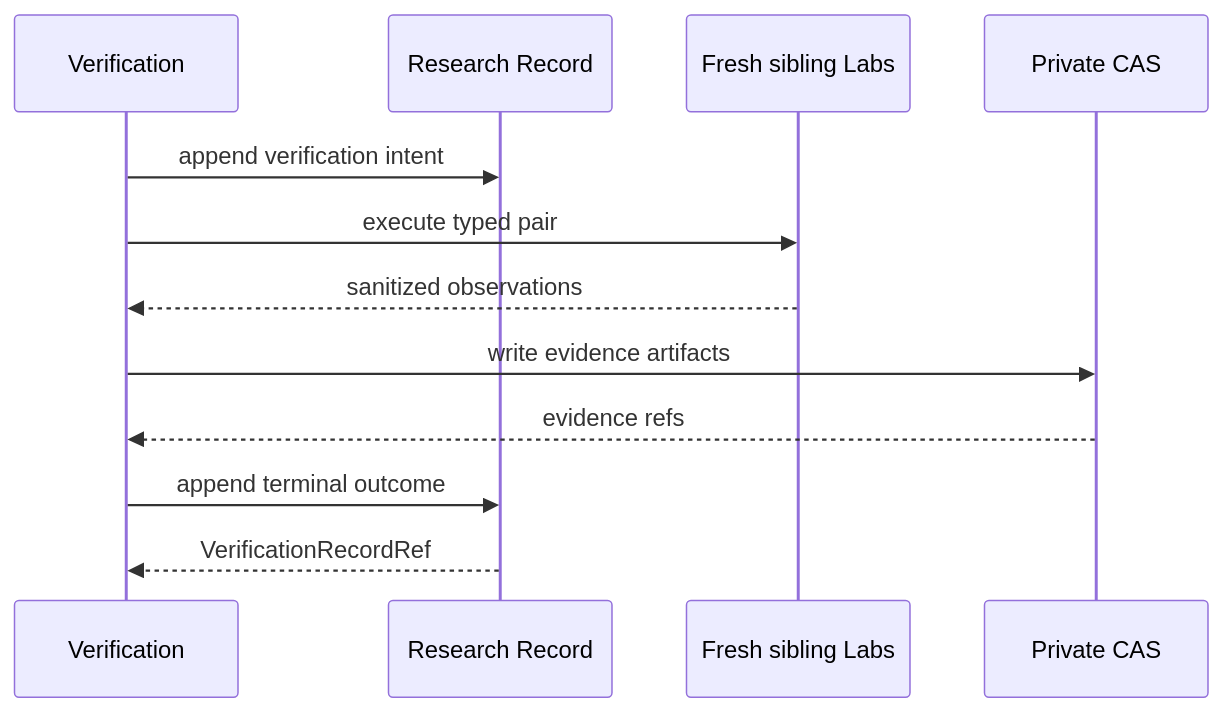
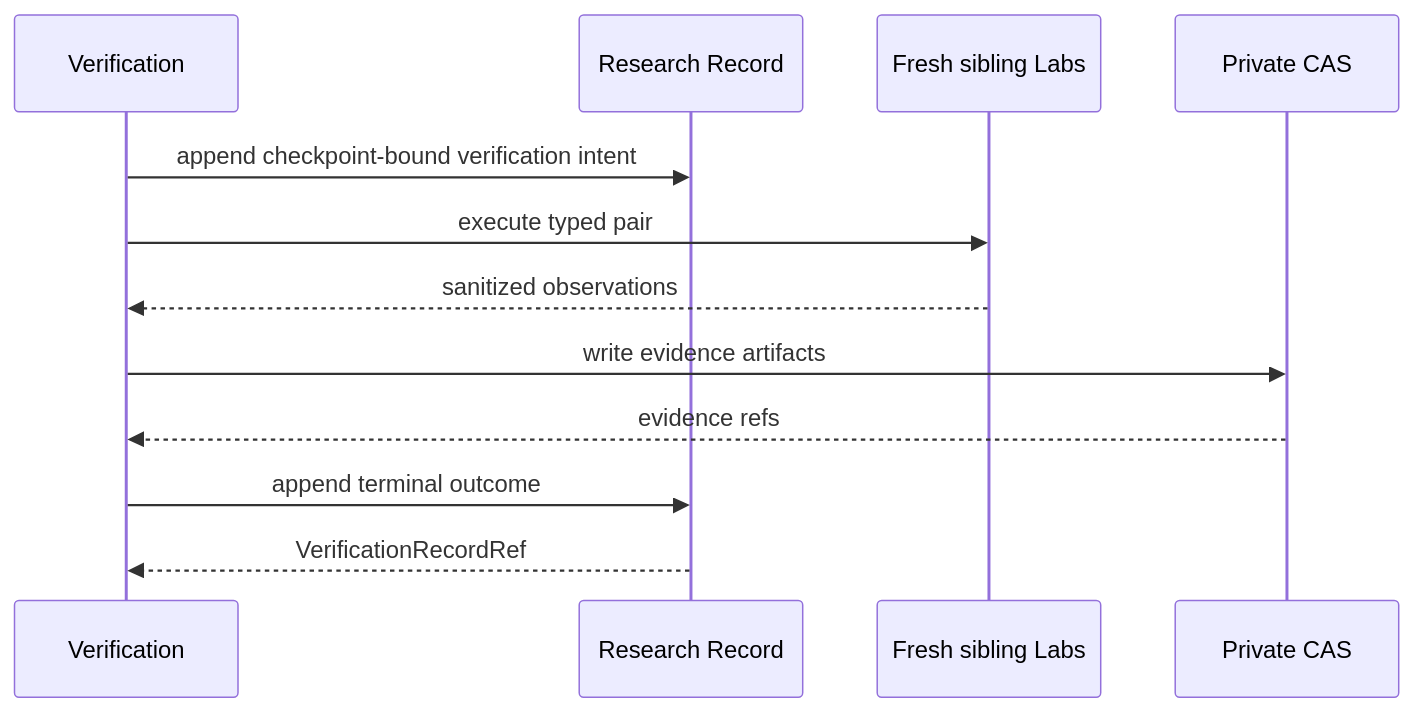
One commit to momoponwork1415-lgtm/wordpress-harness changed the fifth of 5 diagrams in docs/design/verification-seam.md. Above: the diagram before and after it, drawn with Mermaid. The commit also changed other lines of this file and 100 other files, not shown here.

````diff
--- a/docs/design/verification-seam.md
+++ b/docs/design/verification-seam.md
@@ -127,15 +161,15 @@
 ```mermaid
 sequenceDiagram
     participant VE as Verification
     participant RR as Research Record
     participant LAB as Fresh sibling Labs
     participant CAS as Private CAS
 
-    VE->>RR: append verification intent
+    VE->>RR: append checkpoint-bound verification intent
     VE->>LAB: execute typed pair
     LAB-->>VE: sanitized observations
     VE->>CAS: write evidence artifacts
     CAS-->>VE: evidence refs
     VE->>RR: append terminal outcome
     RR-->>VE: VerificationRecordRef
 ```
````
